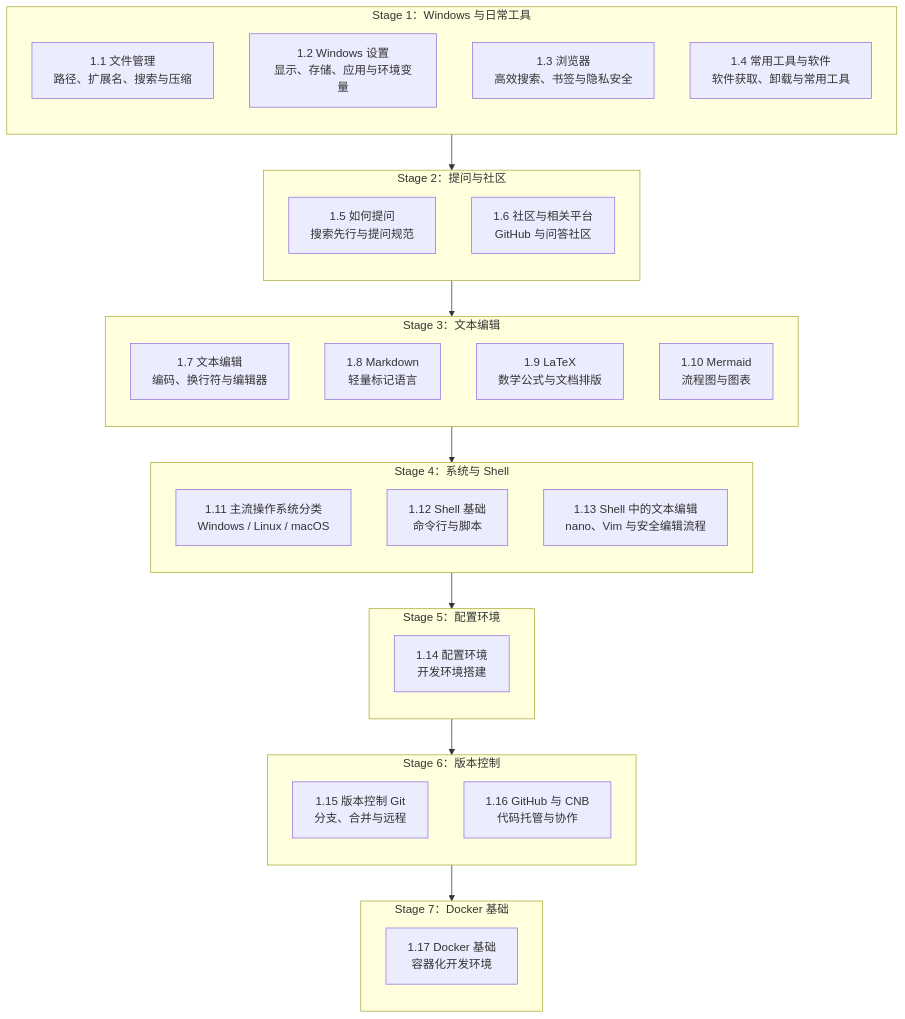
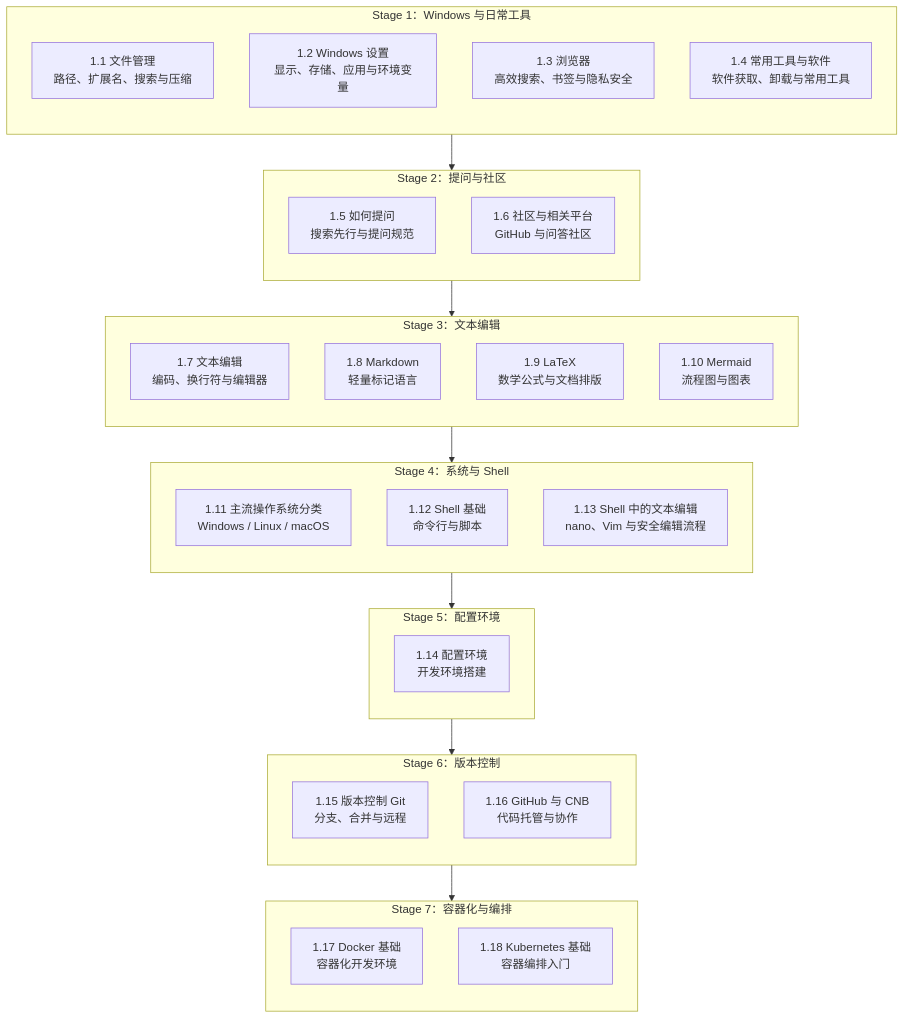
The diagram in content/docs/zh/ch1/index.mdx (SSJ-ZYJ/Neoverse-Doc), drawn with Mermaid before and after one commit. The commit also changed other lines of this file and 3 other files, not shown here.

````diff
--- a/content/docs/zh/ch1/index.mdx
+++ b/content/docs/zh/ch1/index.mdx
@@ -26,49 +26,50 @@
 ```mermaid
 flowchart TD
     subgraph S1[Stage 1：Windows 与日常工具]
         direction TB
         S1_1["1.1 文件管理<br/>路径、扩展名、搜索与压缩"]
         S1_2["1.2 Windows 设置<br/>显示、存储、应用与环境变量"]
         S1_3["1.3 浏览器<br/>高效搜索、书签与隐私安全"]
         S1_4["1.4 常用工具与软件<br/>软件获取、卸载与常用工具"]
     end
 
     subgraph S2[Stage 2：提问与社区]
         direction TB
         S2_1["1.5 如何提问<br/>搜索先行与提问规范"]
         S2_2["1.6 社区与相关平台<br/>GitHub 与问答社区"]
     end
 
     subgraph S3[Stage 3：文本编辑]
         direction TB
         S3_1["1.7 文本编辑<br/>编码、换行符与编辑器"]
         S3_2["1.8 Markdown<br/>轻量标记语言"]
         S3_3["1.9 LaTeX<br/>数学公式与文档排版"]
         S3_4["1.10 Mermaid<br/>流程图与图表"]
     end
 
     subgraph S4[Stage 4：系统与 Shell]
         direction TB
         S4_1["1.11 主流操作系统分类<br/>Windows / Linux / macOS"]
         S4_2["1.12 Shell 基础<br/>命令行与脚本"]
         S4_3["1.13 Shell 中的文本编辑<br/>nano、Vim 与安全编辑流程"]
     end
 
     subgraph S5[Stage 5：配置环境]
         direction TB
         S5_1["1.14 配置环境<br/>开发环境搭建"]
     end
 
     subgraph S6[Stage 6：版本控制]
         direction TB
         S6_1["1.15 版本控制 Git<br/>分支、合并与远程"]
         S6_2["1.16 GitHub 与 CNB<br/>代码托管与协作"]
     end
 
-    subgraph S7[Stage 7：Docker 基础]
+    subgraph S7[Stage 7：容器化与编排]
         direction TB
         S7_1["1.17 Docker 基础<br/>容器化开发环境"]
+        S7_2["1.18 Kubernetes 基础<br/>容器编排入门"]
     end
 
     S1 --> S2 --> S3 --> S4 --> S5 --> S6 --> S7
 ```
````
